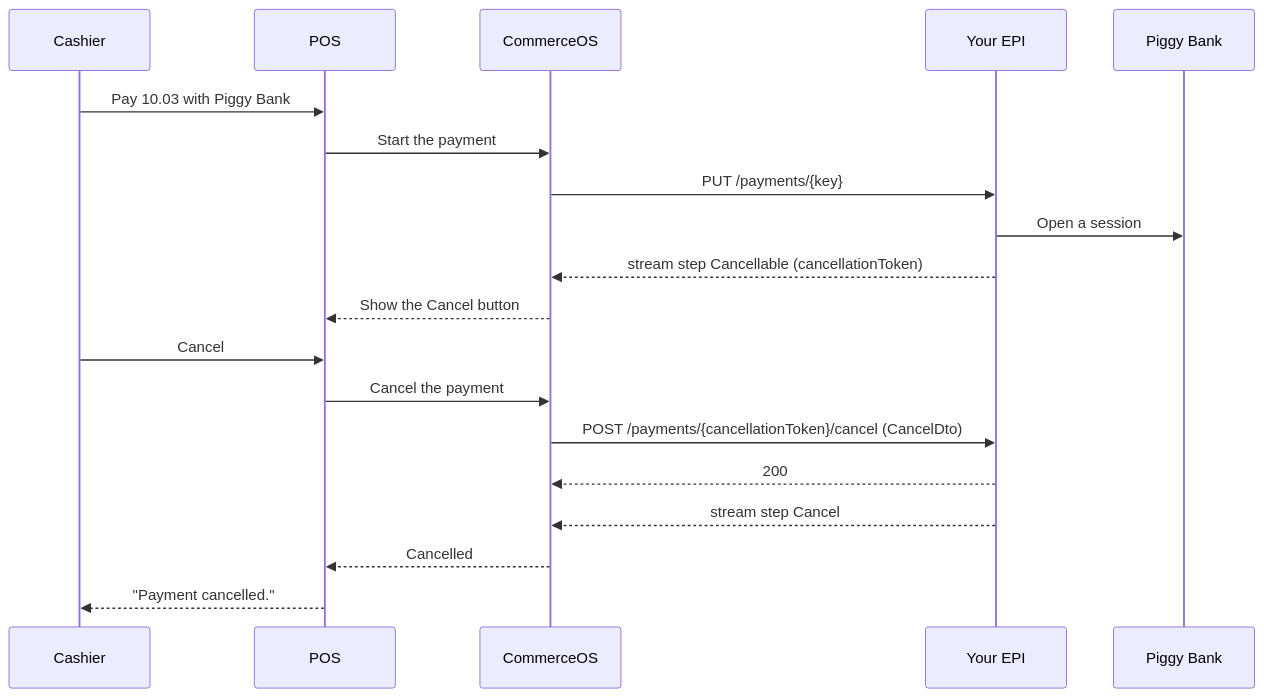
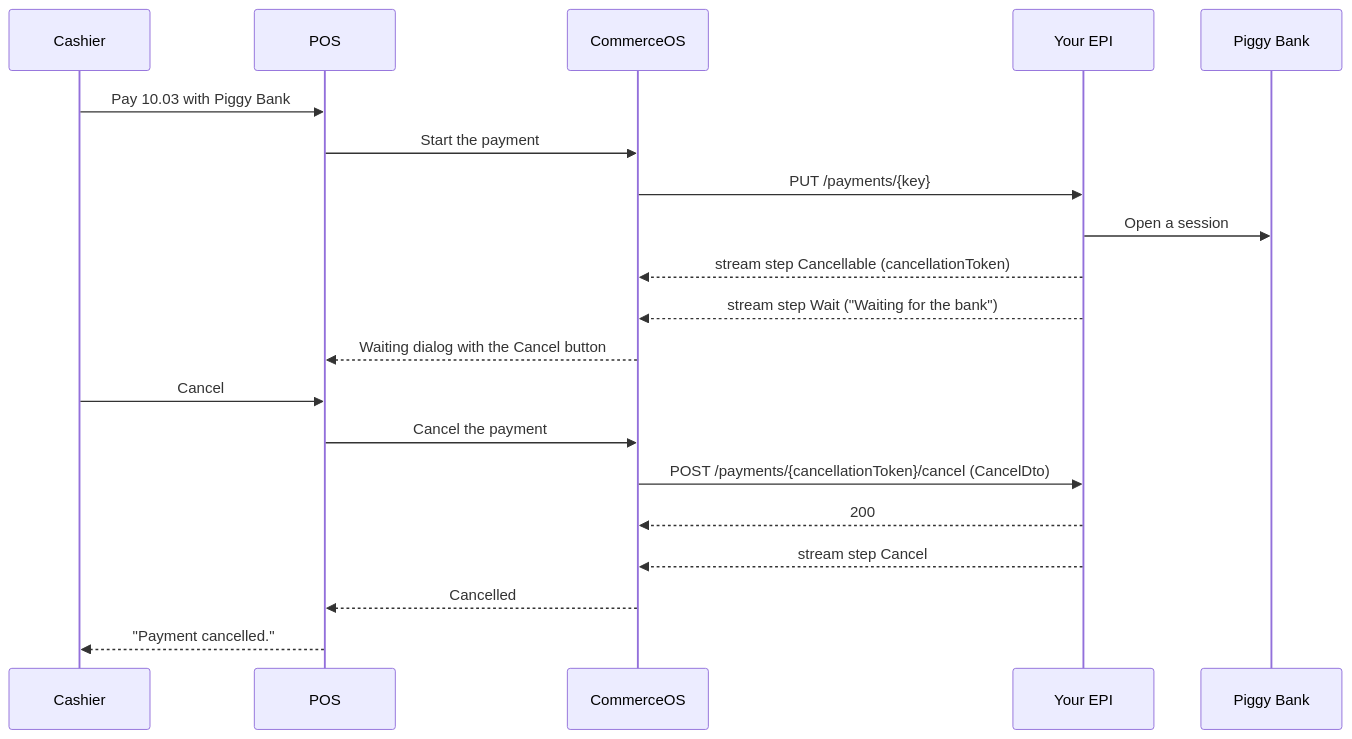
The second of 4 diagrams in guide/examples/payment-epi/flows.md (ByHeads/commerceos-api-reference), drawn with Mermaid before and after one commit. The commit also changed other lines of this file and 11 other files, not shown here.

First line of the commit message:
docs(payment-epi): what the cashier sees, four POS captures

````diff
--- a/guide/examples/payment-epi/flows.md
+++ b/guide/examples/payment-epi/flows.md
@@ -32,21 +31,22 @@
 ```mermaid
 sequenceDiagram
     participant Cashier
     participant POS
     participant CommerceOS
     participant EPI as Your EPI
     participant Bank as Piggy Bank
     Cashier->>POS: Pay 10.03 with Piggy Bank
     POS->>CommerceOS: Start the payment
     CommerceOS->>EPI: PUT /payments/{key}
     EPI->>Bank: Open a session
     EPI-->>CommerceOS: stream step Cancellable (cancellationToken)
-    CommerceOS-->>POS: Show the Cancel button
+    EPI-->>CommerceOS: stream step Wait ("Waiting for the bank")
+    CommerceOS-->>POS: Waiting dialog with the Cancel button
     Cashier->>POS: Cancel
     POS->>CommerceOS: Cancel the payment
     CommerceOS->>EPI: POST /payments/{cancellationToken}/cancel (CancelDto)
     EPI-->>CommerceOS: 200
     EPI-->>CommerceOS: stream step Cancel
     CommerceOS-->>POS: Cancelled
     POS-->>Cashier: "Payment cancelled."
 ```
````
